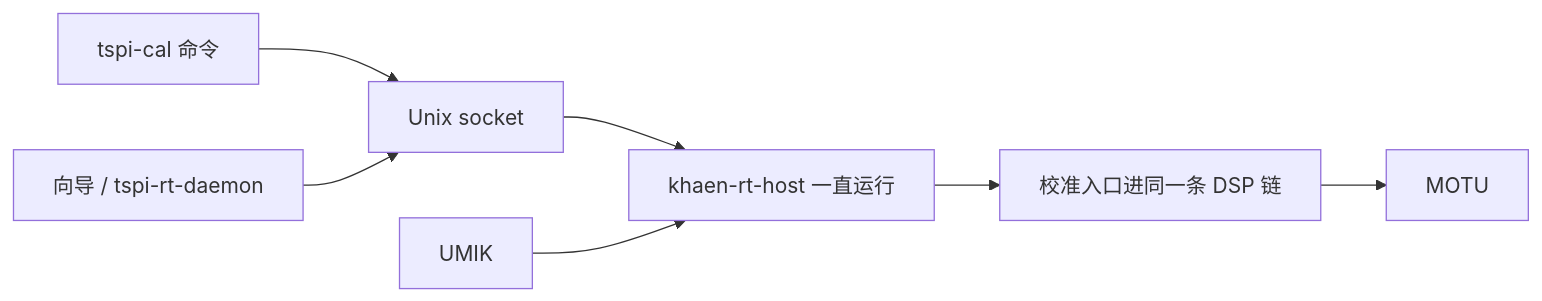
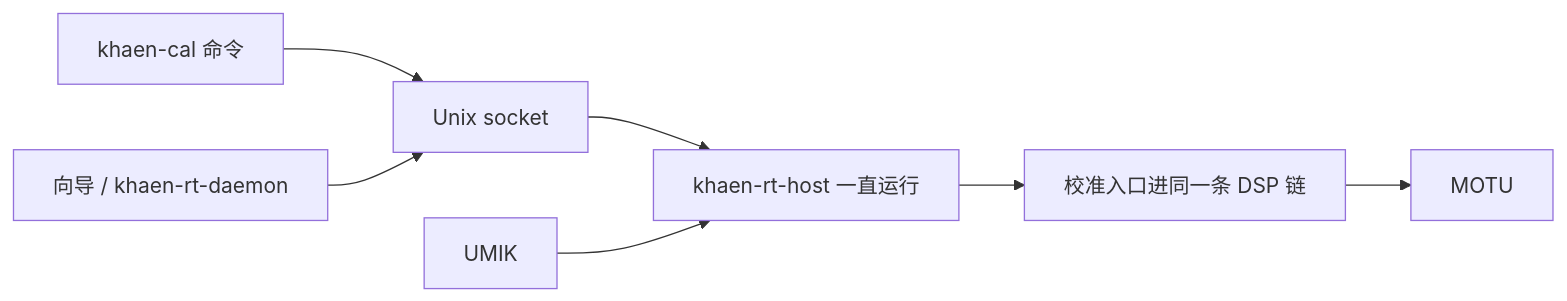
Before and after one commit to ModerRAS/khaen: the diagram in specs/rt-programs/design.md, drawn with Mermaid. The commit also changed other lines of this file and 690 other files, not shown here.

````diff
--- a/specs/rt-programs/design.md
+++ b/specs/rt-programs/design.md
@@ -21,9 +21,9 @@
 ```mermaid
 flowchart LR
-  cli["tspi-cal 命令"] --> sock["Unix socket"]
-  web["向导 / tspi-rt-daemon"] --> sock
+  cli["khaen-cal 命令"] --> sock["Unix socket"]
+  web["向导 / khaen-rt-daemon"] --> sock
   sock --> host["khaen-rt-host 一直运行"]
   host --> chain["校准入口进同一条 DSP 链"]
   chain --> motu["MOTU"]
   umik["UMIK"] --> host
 ```
````
